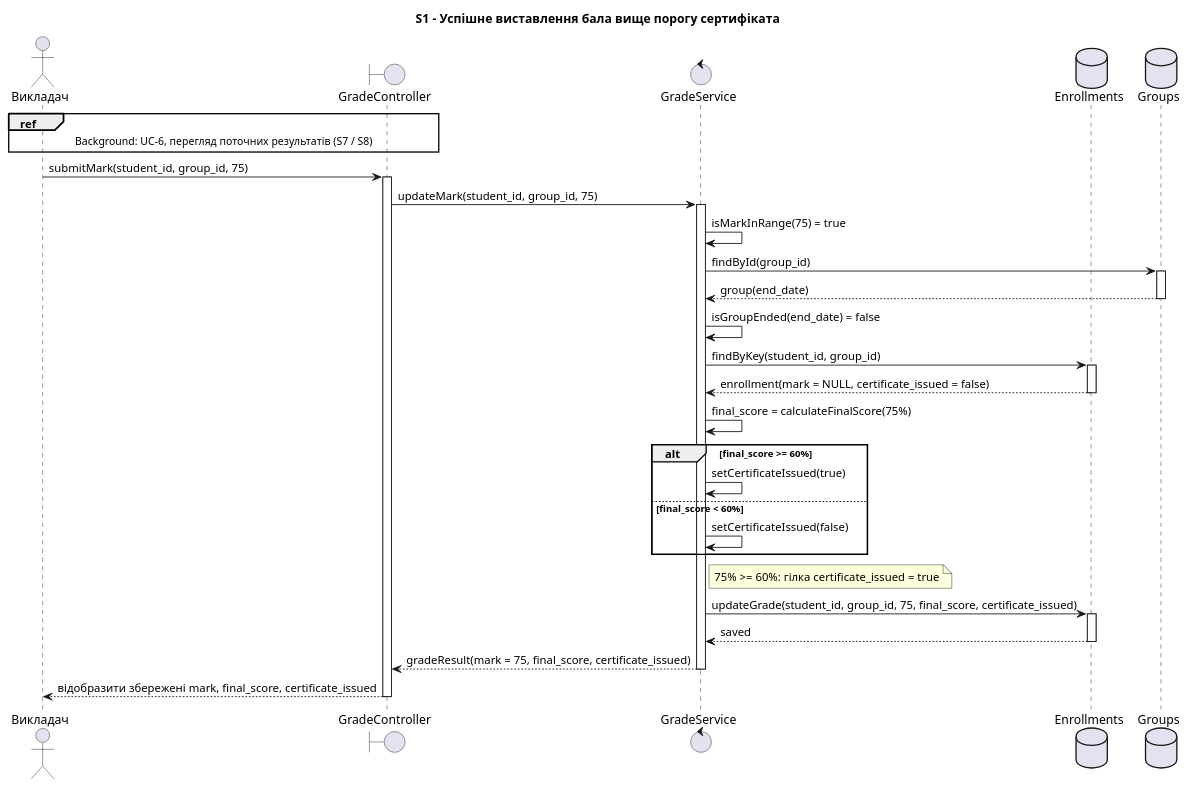
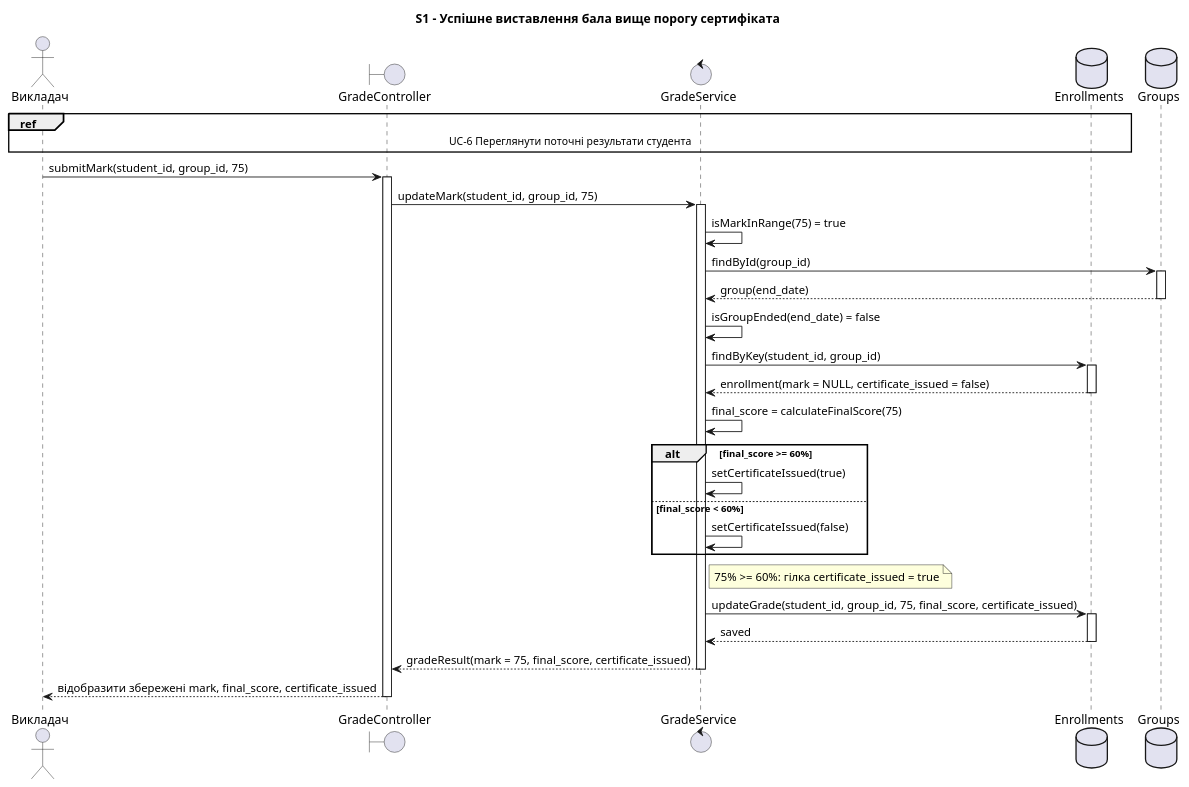
One commit to ka1tya/KPI changed the first of 8 diagrams in lab3/sequence-diagrams.puml. Above: the diagram before and after it, drawn with PlantUML. The commit also changed other lines of this file and 9 other files, not shown here.

```diff
--- a/lab3/sequence-diagrams.puml
+++ b/lab3/sequence-diagrams.puml
@@ -1,45 +1,45 @@
 @startuml S1
  title S1 - Успішне виставлення бала вище порогу сертифіката
 
  actor "Викладач" as Teacher
  boundary "GradeController" as Controller
  control "GradeService" as GradeService
  database "Enrollments" as Enrollments
  database "Groups" as Groups
 
- ref over Teacher, Controller : Background: UC-6, перегляд поточних результатів (S7 / S8)
+ ref over Teacher, Enrollments : UC-6 Переглянути поточні результати студента
 
  Teacher -> Controller : submitMark(student_id, group_id, 75)
  activate Controller
  Controller -> GradeService : updateMark(student_id, group_id, 75)
  activate GradeService
 
  GradeService -> GradeService : isMarkInRange(75) = true
  GradeService -> Groups : findById(group_id)
  activate Groups
  Groups --> GradeService : group(end_date)
  deactivate Groups
  GradeService -> GradeService : isGroupEnded(end_date) = false
  GradeService -> Enrollments : findByKey(student_id, group_id)
  activate Enrollments
  Enrollments --> GradeService : enrollment(mark = NULL, certificate_issued = false)
  deactivate Enrollments
 
- GradeService -> GradeService: final_score = calculateFinalScore(75%)
+ GradeService -> GradeService: final_score = calculateFinalScore(75)
  alt final_score >= 60%
    GradeService -> GradeService : setCertificateIssued(true)
  else final_score < 60%
    GradeService -> GradeService : setCertificateIssued(false)
  end
  note right of GradeService : 75% >= 60%: гілка certificate_issued = true
 
  GradeService -> Enrollments : updateGrade(student_id, group_id, 75, final_score, certificate_issued)
  activate Enrollments
  Enrollments --> GradeService : saved
  deactivate Enrollments
 
  GradeService --> Controller : gradeResult(mark = 75, final_score, certificate_issued)
  deactivate GradeService
  Controller --> Teacher : відобразити збережені mark, final_score, certificate_issued
  deactivate Controller
 @enduml
```
